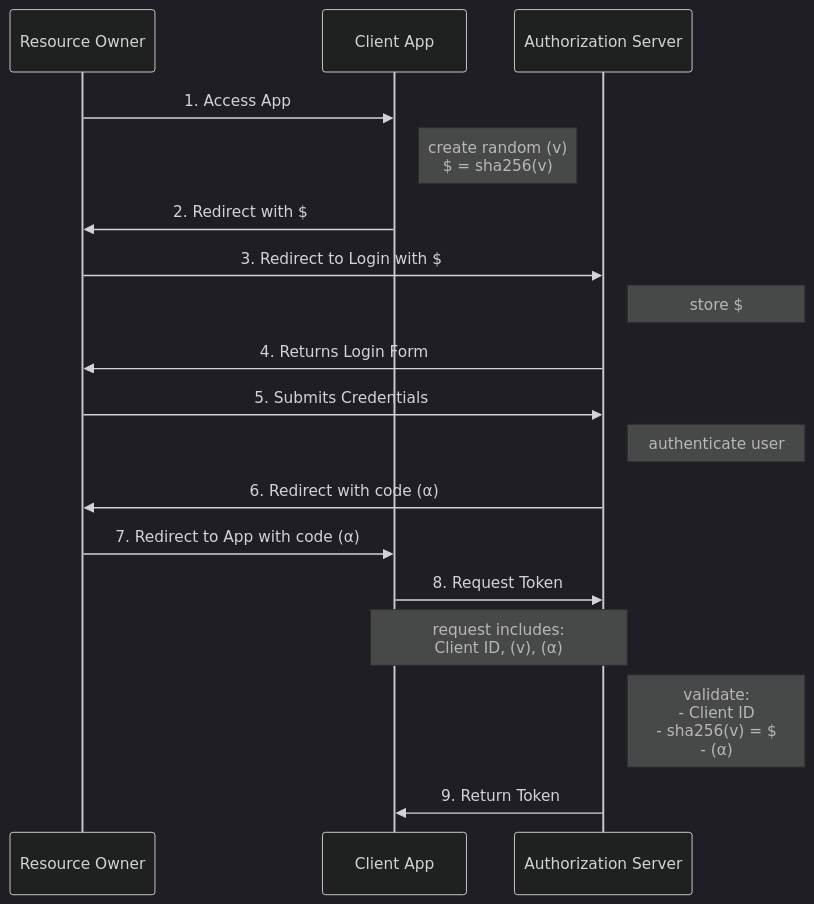
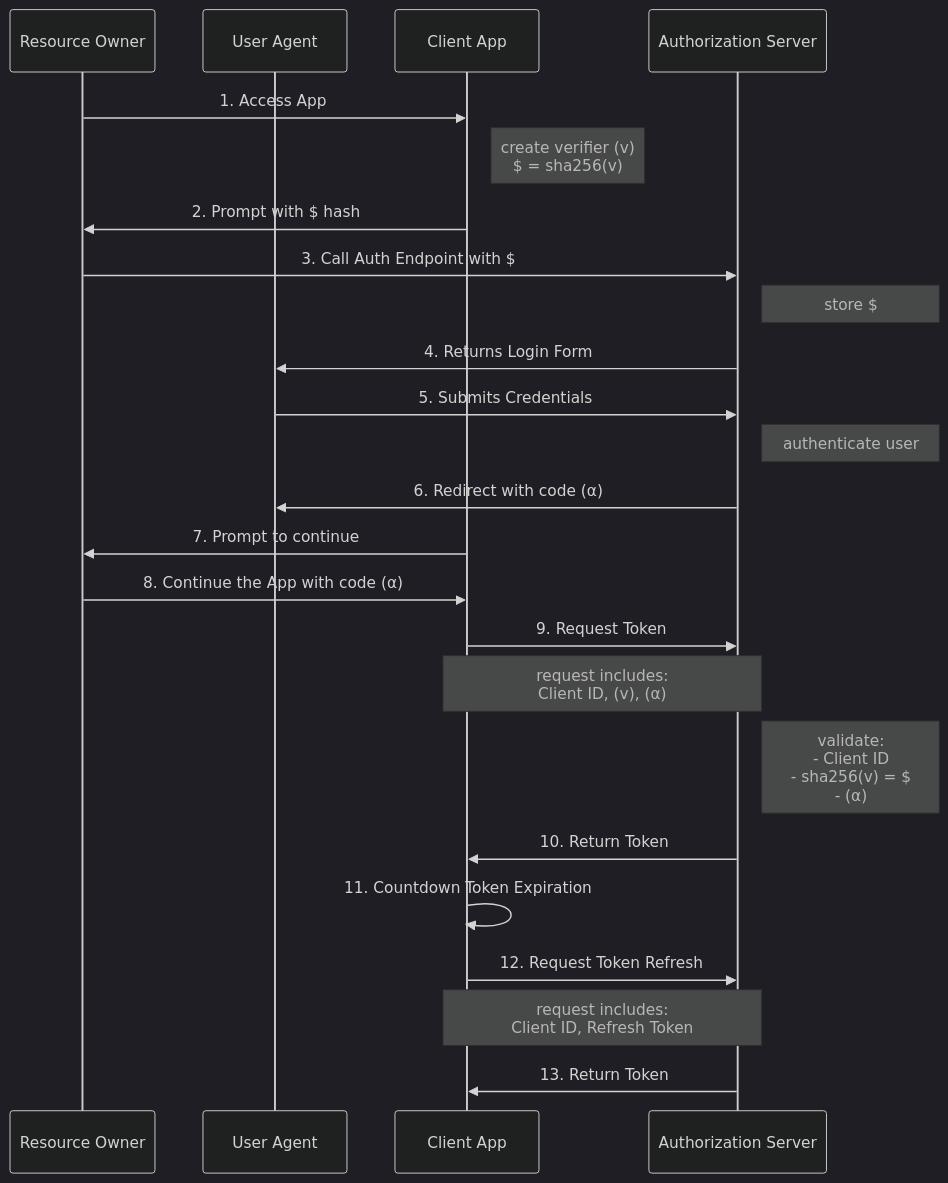
Before and after one commit to figbat/pkce-client: the diagram in pkce.mmd, drawn with Mermaid (dark theme). The commit also changed 2 other files, not shown here.

Commit message:
sequence diagram reflects refresh token

```diff
--- a/pkce.mmd
+++ b/pkce.mmd
@@ -1,18 +1,24 @@
 sequenceDiagram
     participant RO as Resource Owner
+    participant UA as User Agent
     participant CA as Client App
     participant AS as Authorization Server
     RO->>CA: 1. Access App
-    note right of CA: create random (v)<br/>$ = sha256(v) 
-    CA->>RO: 2. Redirect with $
-    RO->>AS: 3. Redirect to Login with $
+    note right of CA: create verifier (v)<br/>$ = sha256(v) 
+    CA->>RO: 2. Prompt with $ hash
+    RO->>AS: 3. Call Auth Endpoint with $
     note right of AS: store $
-    AS->>RO: 4. Returns Login Form
-    RO->>AS: 5. Submits Credentials
+    AS->>UA: 4. Returns Login Form
+    UA->>AS: 5. Submits Credentials
     note right of AS: authenticate user
-    AS->>RO: 6. Redirect with code (α)
-    RO->>CA: 7. Redirect to App with code (α)
-    CA->>AS: 8. Request Token
+    AS->>UA: 6. Redirect with code (α)
+    CA->>RO: 7. Prompt to continue
+    RO->>CA: 8. Continue the App with code (α)
+    CA->>AS: 9. Request Token
     note over CA,AS: request includes:<br/>Client ID, (v), (α)
     note right of AS: validate:<br/>- Client ID<br/>- sha256(v) = $<br/>- (α)
-    AS->>CA: 9. Return Token
+    AS->>CA: 10. Return Token
+    CA->>CA: 11. Countdown Token Expiration
+    CA->>AS: 12. Request Token Refresh
+    note over CA,AS: request includes:<br/>Client ID, Refresh Token
+    AS->>CA: 13. Return Token
```
